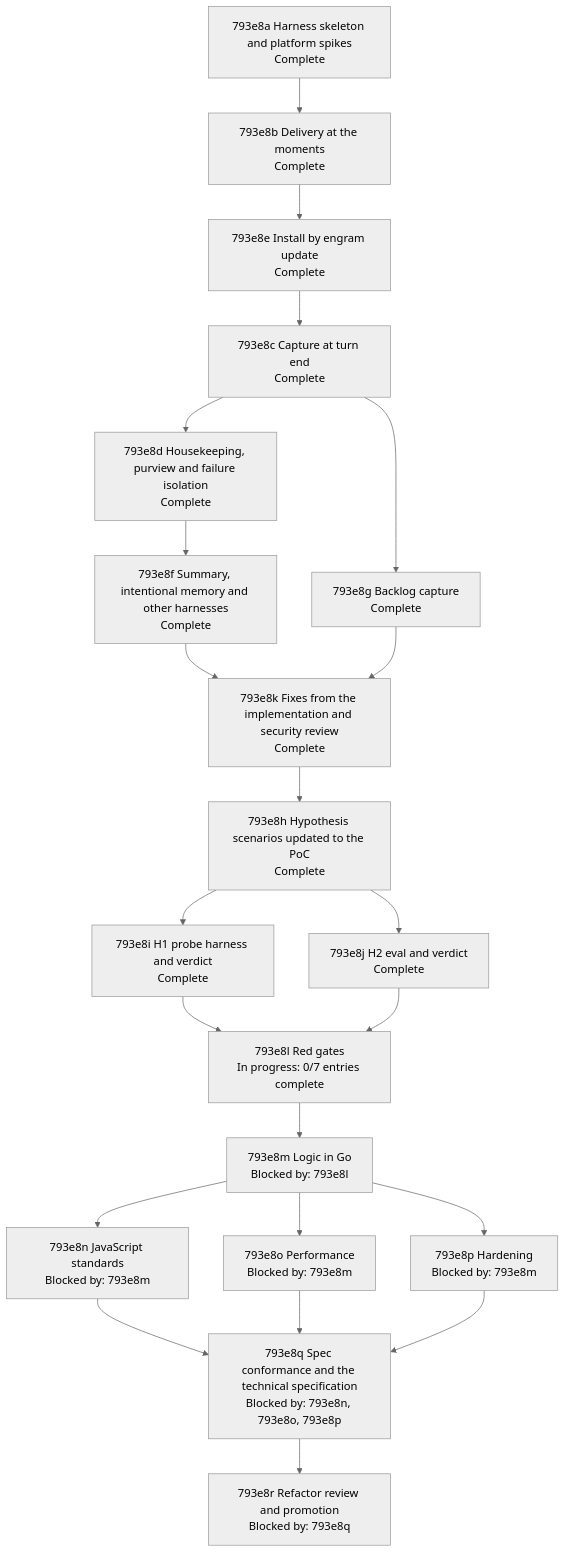
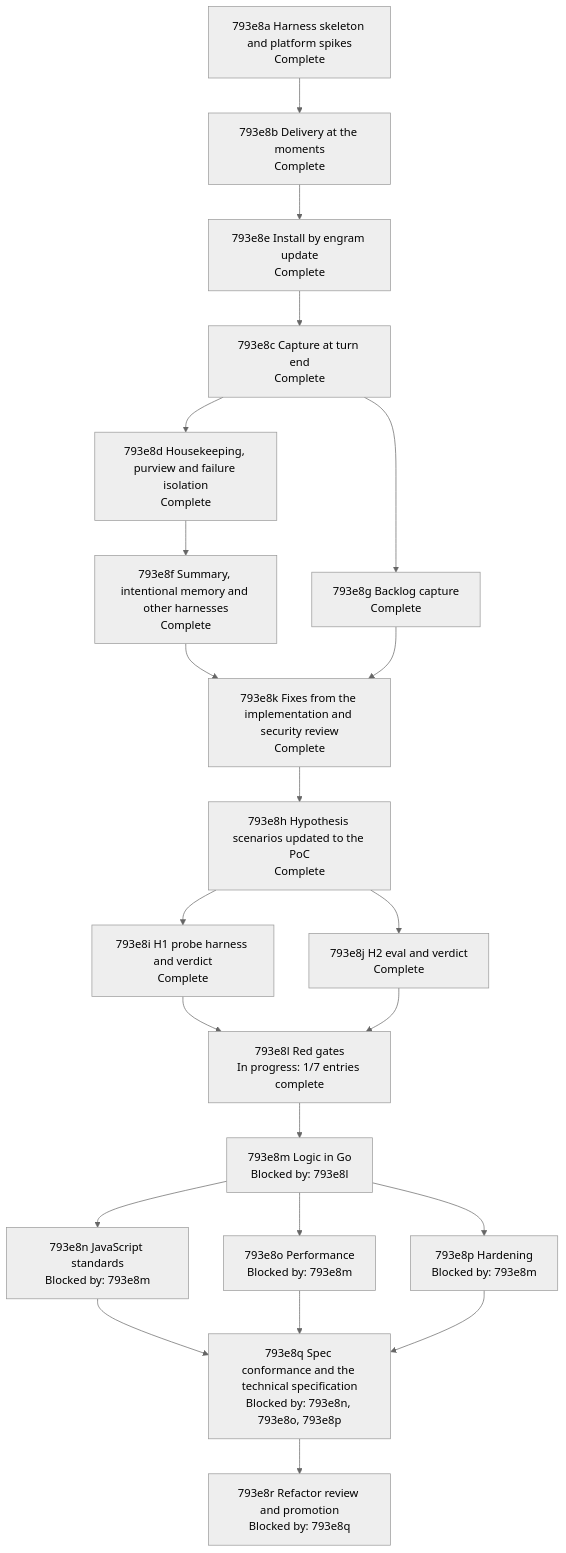
Before and after one commit to toejough/engram: the diagram in docs/changes/793_parallel-memory-agent/793e_implementation-plan.md, drawn with Mermaid (neutral theme). The commit also changed other lines of this file and 13 other files, not shown here.

````diff
--- a/docs/changes/793_parallel-memory-agent/793e_implementation-plan.md
+++ b/docs/changes/793_parallel-memory-agent/793e_implementation-plan.md
@@ -219,40 +219,40 @@
 ```mermaid
 flowchart TD
   n793e8a["793e8a Harness skeleton and platform spikes<br/>Complete"]
   n793e8b["793e8b Delivery at the moments<br/>Complete"]
   n793e8e["793e8e Install by engram update<br/>Complete"]
   n793e8c["793e8c Capture at turn end<br/>Complete"]
   n793e8d["793e8d Housekeeping, purview and failure isolation<br/>Complete"]
   n793e8g["793e8g Backlog capture<br/>Complete"]
   n793e8f["793e8f Summary, intentional memory and other harnesses<br/>Complete"]
   n793e8k["793e8k Fixes from the implementation and security review<br/>Complete"]
   n793e8h["793e8h Hypothesis scenarios updated to the PoC<br/>Complete"]
   n793e8i["793e8i H1 probe harness and verdict<br/>Complete"]
   n793e8j["793e8j H2 eval and verdict<br/>Complete"]
-  n793e8l["793e8l Red gates<br/>In progress: 0/7 entries complete"]
+  n793e8l["793e8l Red gates<br/>In progress: 1/7 entries complete"]
   n793e8m["793e8m Logic in Go<br/>Blocked by: 793e8l"]
   n793e8n["793e8n JavaScript standards<br/>Blocked by: 793e8m"]
   n793e8o["793e8o Performance<br/>Blocked by: 793e8m"]
   n793e8p["793e8p Hardening<br/>Blocked by: 793e8m"]
   n793e8q["793e8q Spec conformance and the technical specification<br/>Blocked by: 793e8n, 793e8o, 793e8p"]
   n793e8r["793e8r Refactor review and promotion<br/>Blocked by: 793e8q"]
   n793e8a --> n793e8b --> n793e8e --> n793e8c
   n793e8c --> n793e8d
   n793e8c --> n793e8g
   n793e8d --> n793e8f
   n793e8f --> n793e8k
   n793e8g --> n793e8k
   n793e8k --> n793e8h
   n793e8h --> n793e8i
   n793e8h --> n793e8j
   n793e8i --> n793e8l
   n793e8j --> n793e8l
   n793e8l --> n793e8m
   n793e8m --> n793e8n
   n793e8m --> n793e8o
   n793e8m --> n793e8p
   n793e8n --> n793e8q
   n793e8o --> n793e8q
   n793e8p --> n793e8q
   n793e8q --> n793e8r
 ```
````
